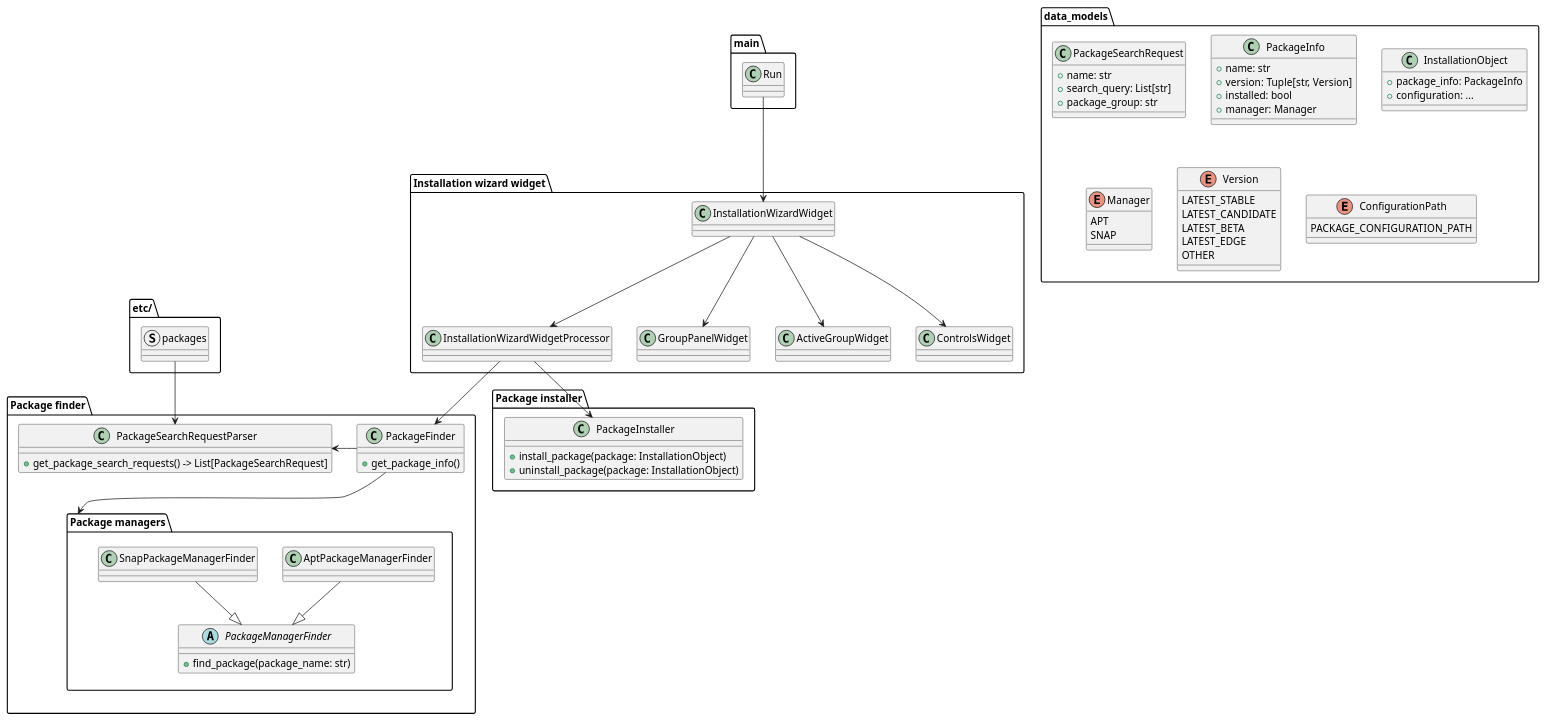
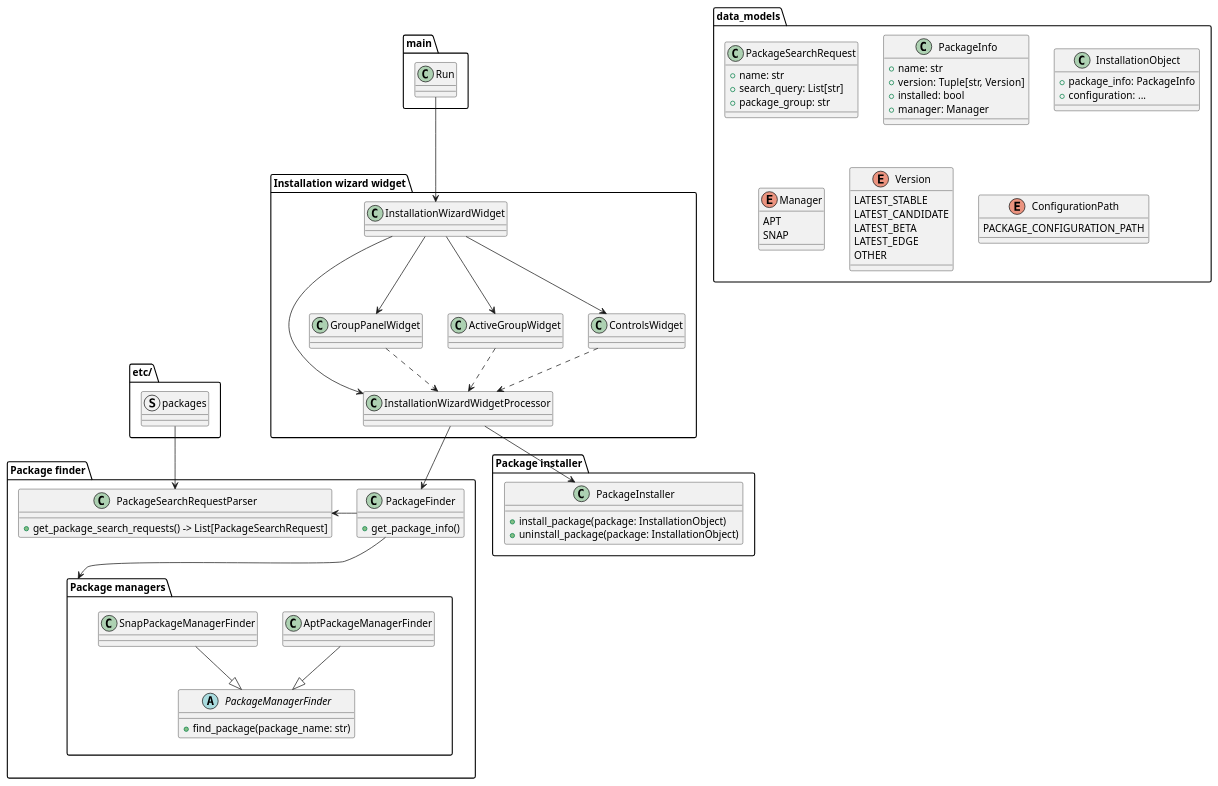
The diagram in docs/designs/dotfiles_design.puml (LuukHenk/dotfiles), drawn with PlantUML before and after one commit. The commit also changed 10 other files, not shown here.

```diff
--- a/docs/designs/dotfiles_design.puml
+++ b/docs/designs/dotfiles_design.puml
@@ -1,118 +1,121 @@
 @startuml dotfiles design
 
 package main {
     class Run{}
 }
 
 ' -------------------------------------------------------
 
 package "Installation wizard widget" as installation_widget {
 
     class InstallationWizardWidgetProcessor {}
 
     class InstallationWizardWidget {}
 
     class GroupPanelWidget {}
 
     class ActiveGroupWidget {}
 
     class ControlsWidget {}
 }
 
 InstallationWizardWidget --> InstallationWizardWidgetProcessor
 InstallationWizardWidget --> GroupPanelWidget
 InstallationWizardWidget --> ActiveGroupWidget
 InstallationWizardWidget --> ControlsWidget
+GroupPanelWidget ..> InstallationWizardWidgetProcessor
+ActiveGroupWidget ..> InstallationWizardWidgetProcessor
+ControlsWidget ..> InstallationWizardWidgetProcessor
 
 ' -------------------------------------------------------
 
 package "Package finder" as package_finder {
 
     class PackageFinder {
         + get_package_info()
     }
 
     class PackageSearchRequestParser {
         + get_package_search_requests() -> List[PackageSearchRequest] 
     }
     package "Package managers" as package_managers_finder {
         abstract class PackageManagerFinder {
             + find_package(package_name: str)
         }
 
         class AptPackageManagerFinder {}
         class SnapPackageManagerFinder {}
     }
 
 }
 
 PackageSearchRequestParser <- PackageFinder 
 PackageFinder --> package_managers_finder
 AptPackageManagerFinder --|> PackageManagerFinder
 SnapPackageManagerFinder --|> PackageManagerFinder
 
 ' -------------------------------------------------------
 
 package "Package installer" as package_installer {
     class PackageInstaller {
         + install_package(package: InstallationObject)
         + uninstall_package(package: InstallationObject)
     }
 }
 
 
 ' -------------------------------------------------------
 
 package data_models {
 
     class PackageSearchRequest {
         + name: str
         + search_query: List[str]
         + package_group: str
     }
 
     class PackageInfo {
         + name: str
         + version: Tuple[str, Version]
         + installed: bool
         + manager: Manager
     }
 
     class InstallationObject {
         + package_info: PackageInfo
         + configuration: ...
     }
 
     enum Manager {
         APT
         SNAP
     }
 
     enum Version {
         LATEST_STABLE
         LATEST_CANDIDATE
         LATEST_BETA
         LATEST_EDGE
         OTHER
     }
 
     enum ConfigurationPath {
         PACKAGE_CONFIGURATION_PATH
     }
 }
 
 ' -------------------------------------------------------
 
 package "etc/" as configuration {
     struct packages {}
 }
 
 packages --> PackageSearchRequestParser
 ' -------------------------------------------------------
 
 Run --> InstallationWizardWidget
 InstallationWizardWidgetProcessor -down-> PackageInstaller
 InstallationWizardWidgetProcessor --> PackageFinder
 
 
 @enduml
```
